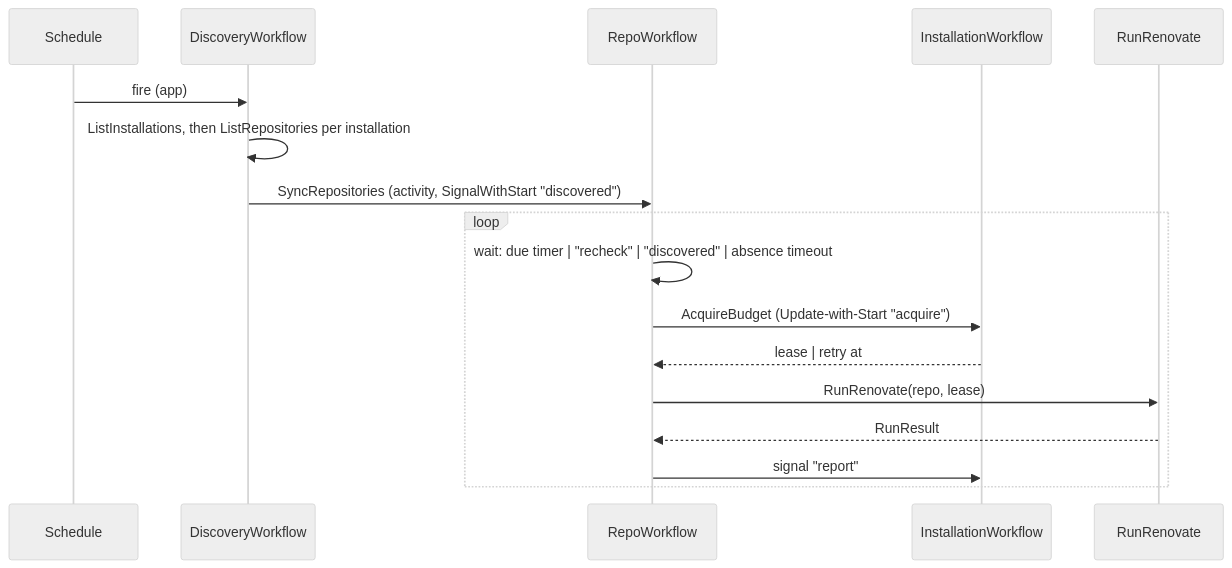
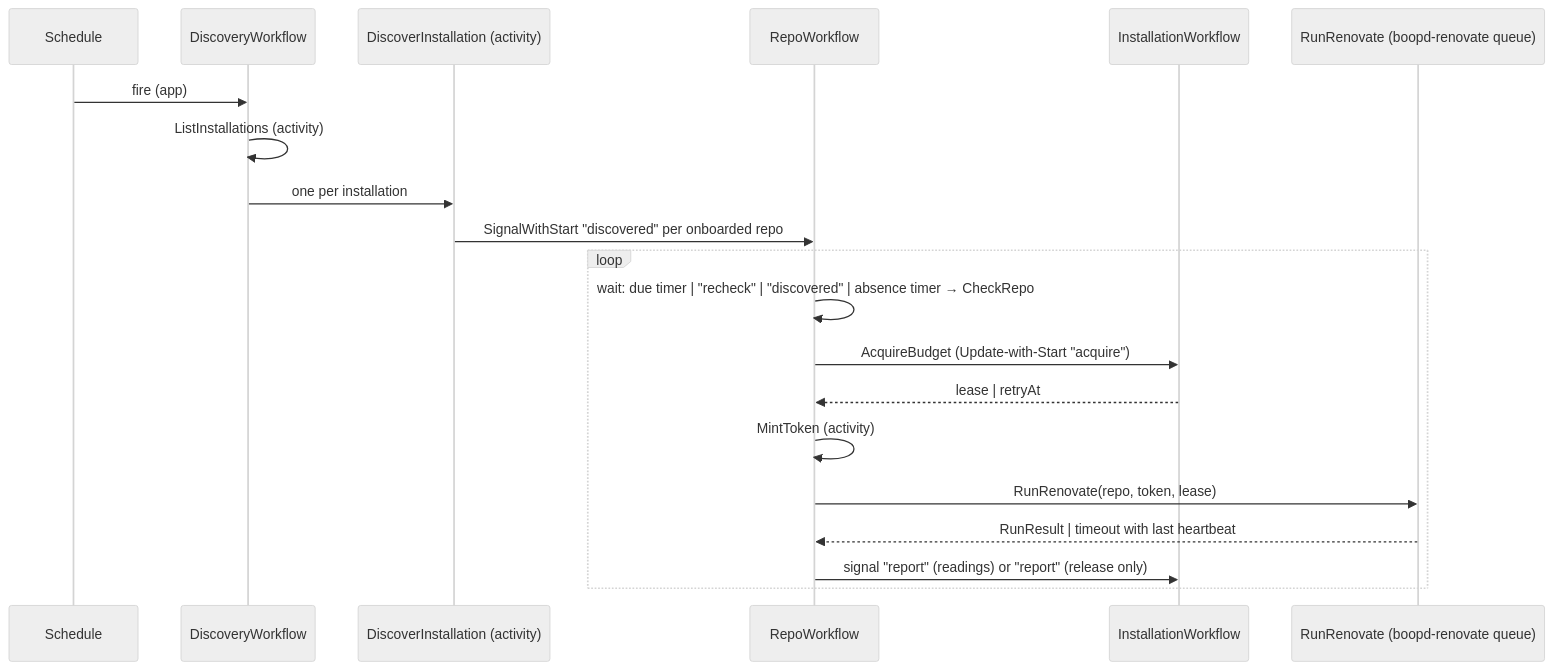
One commit to donaldgifford/boop changed the diagram in docs/design/0001-boopd-spike-workflows-runrenovate-activity-and-worker.md. Above: the diagram before and after it, drawn with Mermaid (neutral theme). The commit also changed other lines of this file and 5 other files, not shown here.

````diff
--- a/docs/design/0001-boopd-spike-workflows-runrenovate-activity-and-worker.md
+++ b/docs/design/0001-boopd-spike-workflows-runrenovate-activity-and-worker.md
@@ -116,19 +154,22 @@
 ```mermaid
 sequenceDiagram
   participant S as Schedule
   participant DW as DiscoveryWorkflow
+  participant DI as DiscoverInstallation (activity)
   participant RW as RepoWorkflow
   participant IW as InstallationWorkflow
-  participant A as RunRenovate
+  participant A as RunRenovate (boopd-renovate queue)
   S->>DW: fire (app)
-  DW->>DW: ListInstallations, then ListRepositories per installation
-  DW->>RW: SyncRepositories (activity, SignalWithStart "discovered")
+  DW->>DW: ListInstallations (activity)
+  DW->>DI: one per installation
+  DI->>RW: SignalWithStart "discovered" per onboarded repo
   loop
-    RW->>RW: wait: due timer | "recheck" | "discovered" | absence timeout
+    RW->>RW: wait: due timer | "recheck" | "discovered" | absence timer → CheckRepo
     RW->>IW: AcquireBudget (Update-with-Start "acquire")
-    IW-->>RW: lease | retry at
-    RW->>A: RunRenovate(repo, lease)
-    A-->>RW: RunResult
-    RW->>IW: signal "report"
+    IW-->>RW: lease | retryAt
+    RW->>RW: MintToken (activity)
+    RW->>A: RunRenovate(repo, token, lease)
+    A-->>RW: RunResult | timeout with last heartbeat
+    RW->>IW: signal "report" (readings) or "report" (release only)
   end
 ```
````
